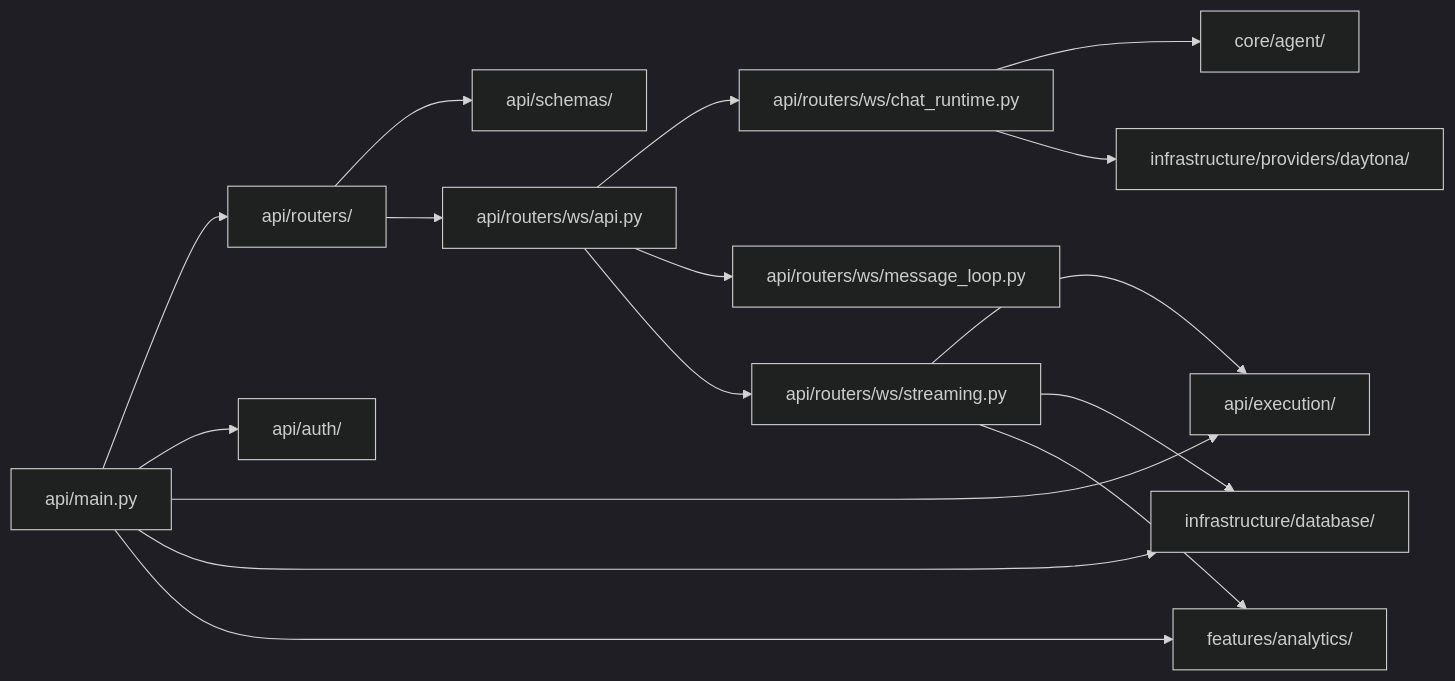
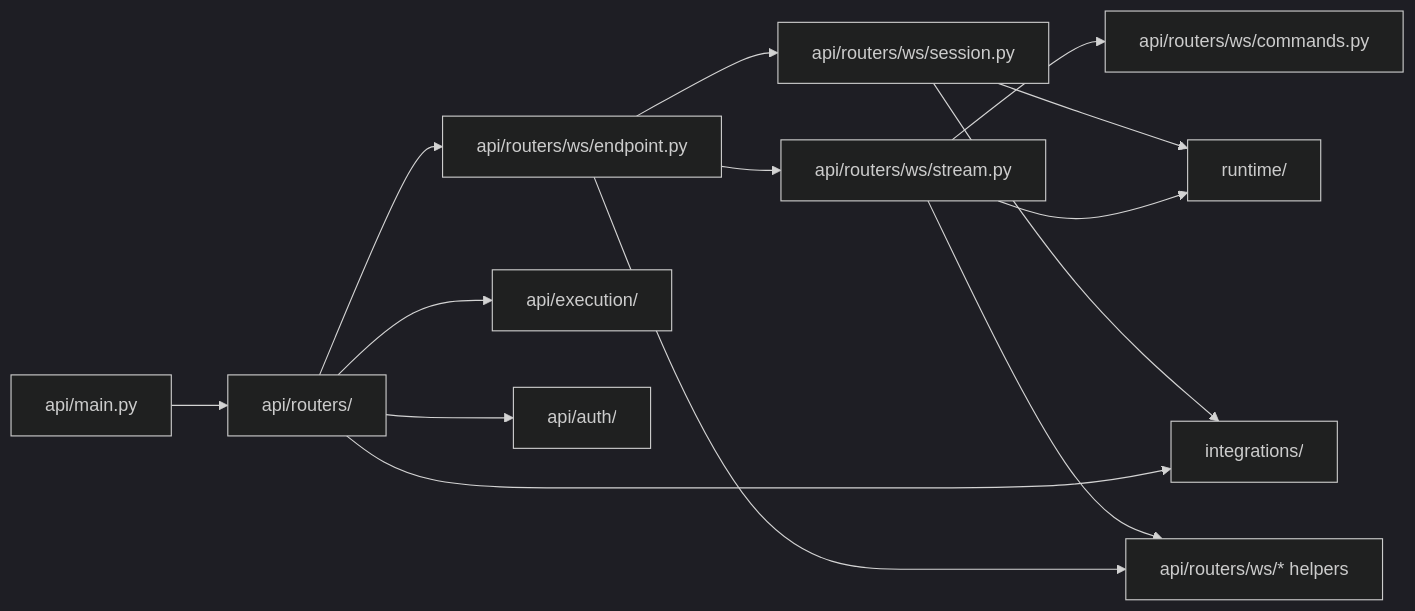
The third of 3 diagrams in docs/reference/module-map.md (Qredence/fleet-rlm), drawn with Mermaid (dark theme) before and after one commit. The commit also changed other lines of this file and 34 other files, not shown here.

Commit message:
docs: Refresh architecture docs for the simplified module layout

````diff
--- a/docs/reference/module-map.md
+++ b/docs/reference/module-map.md
@@ -111,34 +77,28 @@
 ```mermaid
 graph LR
     APP["api/main.py"]
     ROUTERS["api/routers/"]
-    WS_API["api/routers/ws/api.py"]
-    WS_LOOP["api/routers/ws/message_loop.py"]
-    WS_STREAM["api/routers/ws/streaming.py"]
-    WS_RUNTIME["api/routers/ws/chat_runtime.py"]
+    WS_ENDPOINT["api/routers/ws/endpoint.py"]
+    WS_STREAM["api/routers/ws/stream.py"]
+    WS_SESSION["api/routers/ws/session.py"]
+    WS_COMMANDS["api/routers/ws/commands.py"]
+    WS_HELPERS["api/routers/ws/* helpers"]
     EXEC["api/execution/"]
     AUTH["api/auth/"]
-    SCHEMAS["api/schemas/"]
-    DB["infrastructure/database/"]
-    ANALYTICS["features/analytics/"]
-    DAYTONA["infrastructure/providers/daytona/"]
-    AGENT["core/agent/"]
+    RUNTIME["runtime/"]
+    INTEGRATIONS["integrations/"]
 
     APP --> ROUTERS
-    APP --> AUTH
-    APP --> EXEC
-    APP --> DB
-    APP --> ANALYTICS
-
-    ROUTERS --> SCHEMAS
-    ROUTERS --> WS_API
-
-    WS_API --> WS_RUNTIME
-    WS_API --> WS_LOOP
-    WS_API --> WS_STREAM
-    WS_RUNTIME --> AGENT
-    WS_STREAM --> EXEC
-    WS_STREAM --> DB
-    WS_STREAM --> ANALYTICS
-    WS_RUNTIME --> DAYTONA
+    ROUTERS --> AUTH
+    ROUTERS --> WS_ENDPOINT
+    ROUTERS --> EXEC
+    ROUTERS --> INTEGRATIONS
+    WS_ENDPOINT --> WS_SESSION
+    WS_ENDPOINT --> WS_STREAM
+    WS_ENDPOINT --> WS_HELPERS
+    WS_STREAM --> WS_COMMANDS
+    WS_STREAM --> WS_HELPERS
+    WS_STREAM --> RUNTIME
+    WS_SESSION --> RUNTIME
+    WS_SESSION --> INTEGRATIONS
 ```
````
